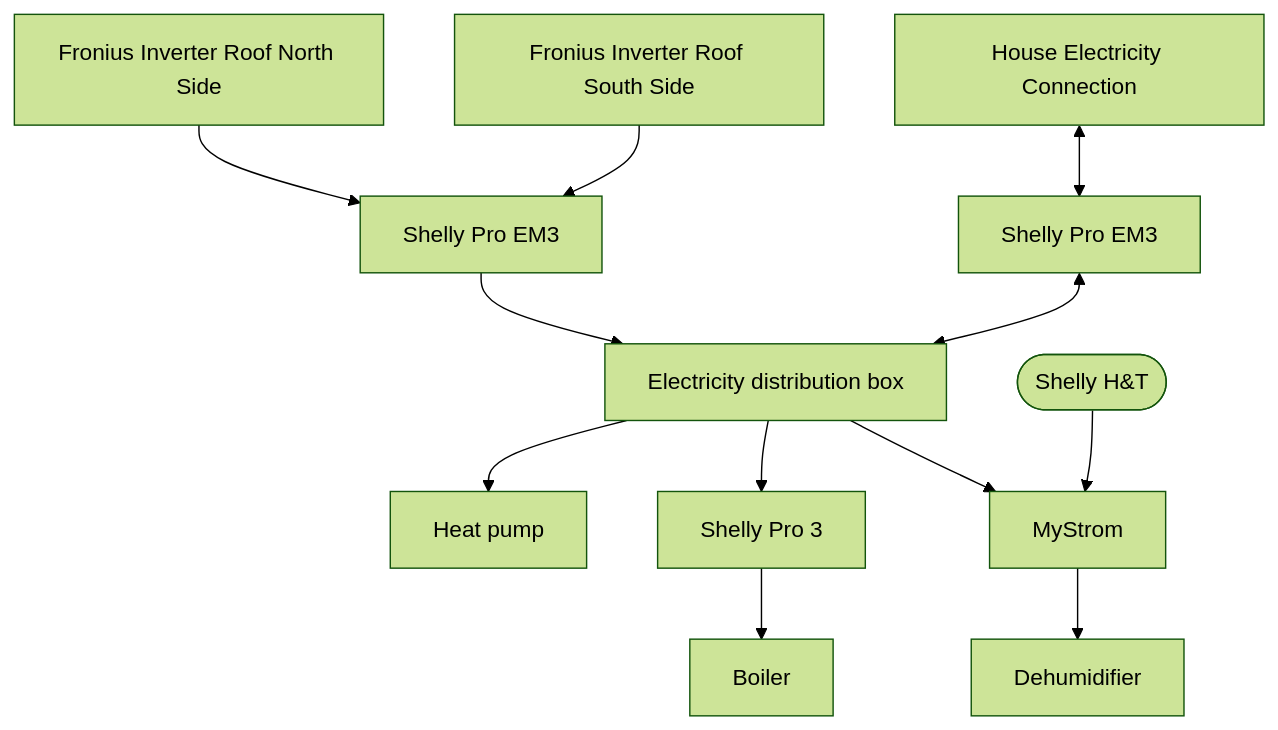
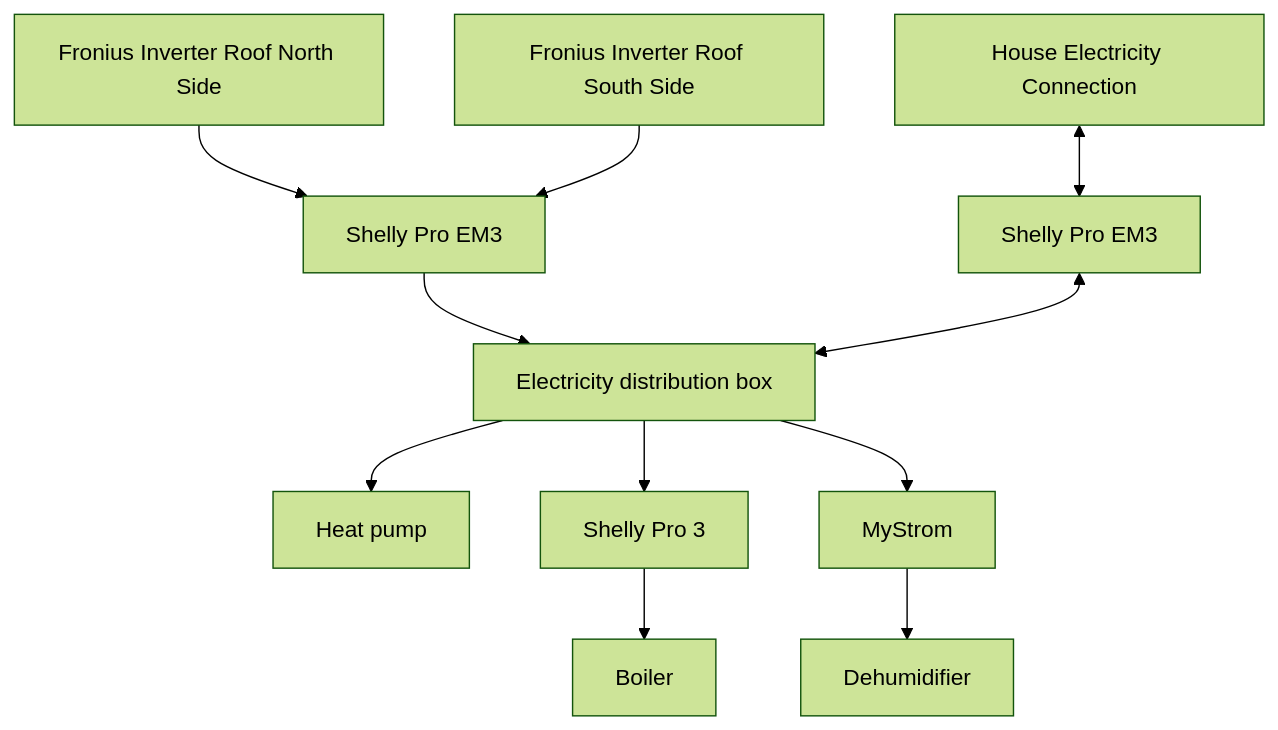
Before and after one commit to hoinmic/pv_openhab: the diagram in README.md, drawn with Mermaid (forest theme). The commit also changed 6 other files, not shown here.

````diff
--- a/README.md
+++ b/README.md
@@ -62,36 +62,34 @@
 ```mermaid
 graph TD
 A[Fronius Inverter Roof North Side]
 B[Fronius Inverter Roof South Side]
 C[Shelly Pro EM3]
 
 F[House Electricity Connection]
 G[Shelly Pro EM3]
 
 J[Electricity distribution box]
 
 L[Heat pump]
 
 O[Shelly Pro 3]
 P[Boiler]
 
 S[MyStrom]
 T[Dehumidifier]
-U([Shelly H&T])
 
 A --> C
 B --> C
 C --> J
 
 F <--> G
 G <--> J
 
 J --> L
 
 J --> O
 O --> P
 
 J --> S
 S --> T
-U --> S
 ```
````
